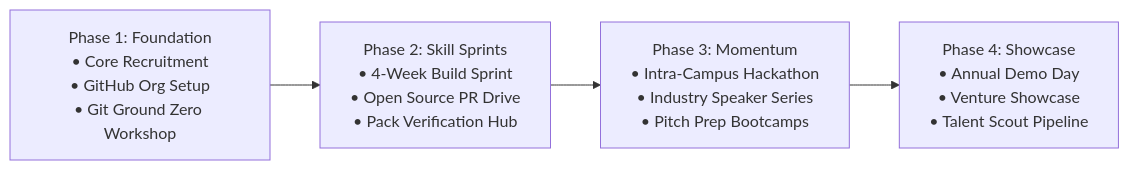
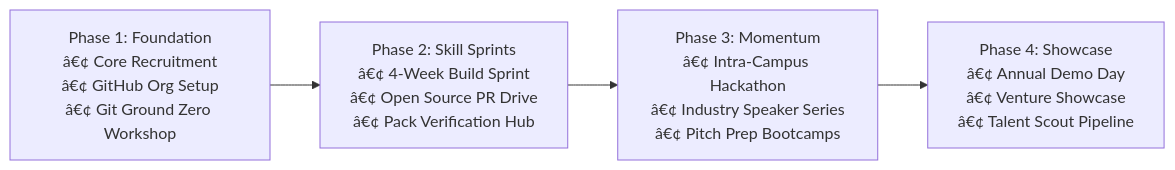
One commit to ues-sahiwal/.github changed the diagram in profile/README.md. Above: the diagram before and after it, drawn with Mermaid. The commit also changed other lines of this file and 2 other files, not shown here.

Commit message:
SEO/GEO/AEO: standardize on ues-sahiwal org, add public logo, optimize READMEs

````diff
--- a/profile/README.md
+++ b/profile/README.md
@@ -91,6 +90,6 @@
 ```mermaid
 flowchart LR
-    P1["Phase 1: Foundation\n• Core Recruitment\n• GitHub Org Setup\n• Git Ground Zero Workshop"] --> P2["Phase 2: Skill Sprints\n• 4-Week Build Sprint\n• Open Source PR Drive\n• Pack Verification Hub"]
-    P2 --> P3["Phase 3: Momentum\n• Intra-Campus Hackathon\n• Industry Speaker Series\n• Pitch Prep Bootcamps"]
-    P3 --> P4["Phase 4: Showcase\n• Annual Demo Day\n• Venture Showcase\n• Talent Scout Pipeline"]
+    P1["Phase 1: Foundation\nâ€¢ Core Recruitment\nâ€¢ GitHub Org Setup\nâ€¢ Git Ground Zero Workshop"] --> P2["Phase 2: Skill Sprints\nâ€¢ 4-Week Build Sprint\nâ€¢ Open Source PR Drive\nâ€¢ Pack Verification Hub"]
+    P2 --> P3["Phase 3: Momentum\nâ€¢ Intra-Campus Hackathon\nâ€¢ Industry Speaker Series\nâ€¢ Pitch Prep Bootcamps"]
+    P3 --> P4["Phase 4: Showcase\nâ€¢ Annual Demo Day\nâ€¢ Venture Showcase\nâ€¢ Talent Scout Pipeline"]
 ```
````
